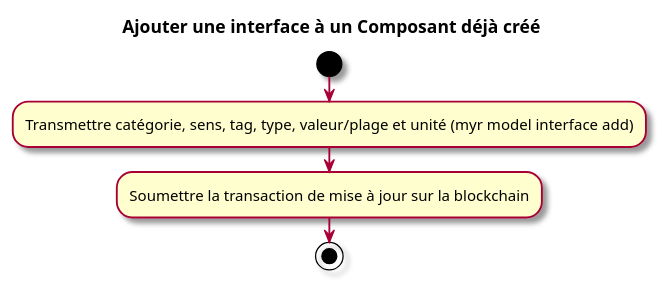
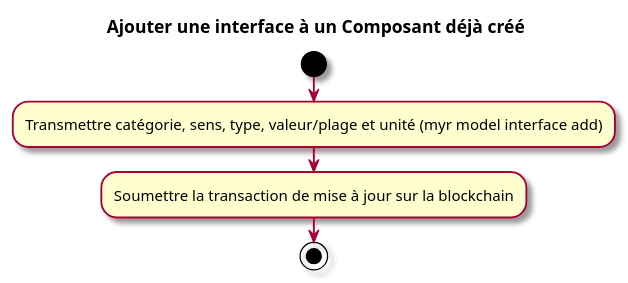
Before and after one commit to myr-forge/myr-core: the second of 2 diagrams in specs/1-Expression/UCCE-Composant_Ecriture/UCCE06.md, drawn with PlantUML. The commit also changed other lines of this file and 23 other files, not shown here.

````diff
--- a/specs/1-Expression/UCCE-Composant_Ecriture/UCCE06.md
+++ b/specs/1-Expression/UCCE-Composant_Ecriture/UCCE06.md
@@ -69,10 +69,10 @@
 ```plantuml
 @startuml
 skin rose
 title Ajouter une interface à un Composant déjà créé
 start
-:Transmettre catégorie, sens, tag, type, valeur/plage et unité (myr model interface add);
+:Transmettre catégorie, sens, type, valeur/plage et unité (myr model interface add);
 :Soumettre la transaction de mise à jour sur la blockchain;
 stop
 @enduml
 ```
````
